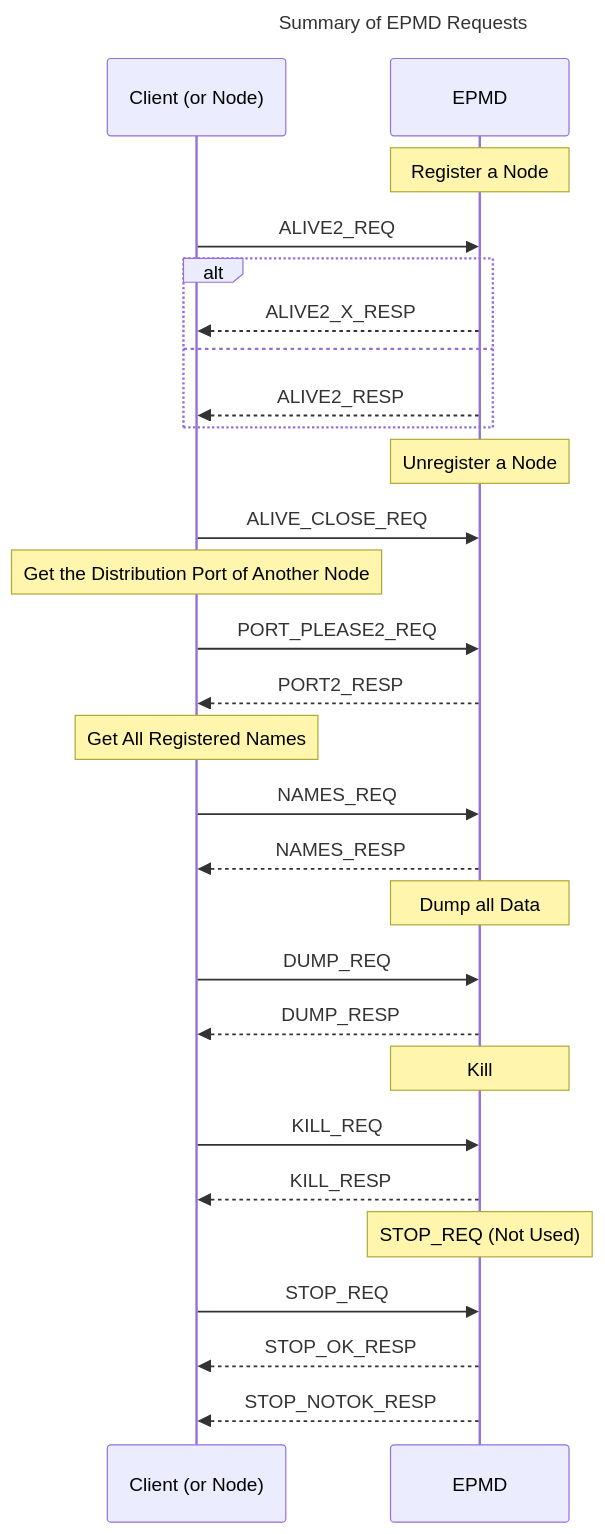
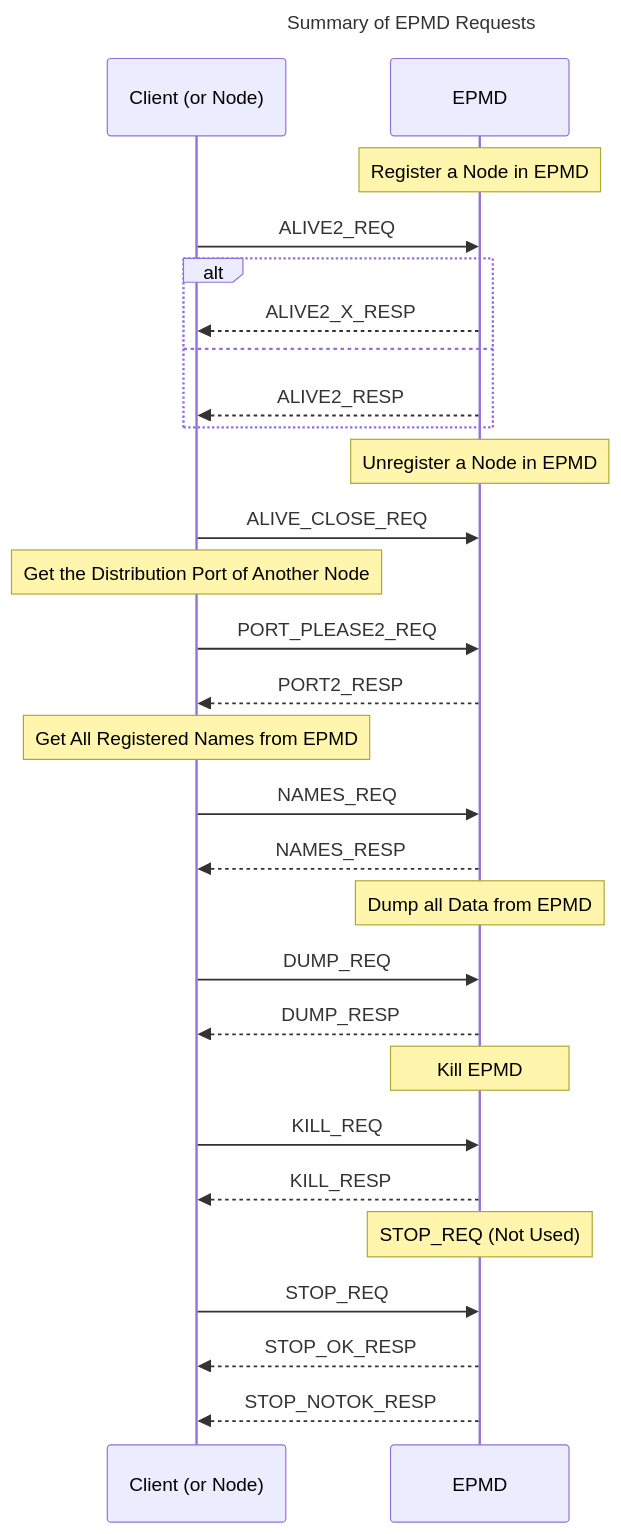
Before and after one commit to erlang/otp: the first of 8 diagrams in erts/doc/guides/erl_dist_protocol.md, drawn with Mermaid. The commit also changed other lines of this file, not shown here.

````diff
--- a/erts/doc/guides/erl_dist_protocol.md
+++ b/erts/doc/guides/erl_dist_protocol.md
@@ -60,41 +70,41 @@
 ```mermaid
 ---
 title: Summary of EPMD Requests
 ---
 
 sequenceDiagram
     participant client as Client (or Node)
     participant EPMD
 
-    Note over EPMD: Register a Node
+    Note over EPMD: Register a Node in EPMD
     client ->> EPMD: ALIVE2_REQ
     alt
         EPMD -->> client: ALIVE2_X_RESP
     else
         EPMD -->> client: ALIVE2_RESP
     end
 
-    Note over EPMD: Unregister a Node
+    Note over EPMD: Unregister a Node in EPMD
     client ->> EPMD: ALIVE_CLOSE_REQ
 
     Note over client: Get the Distribution Port of Another Node
     client ->> EPMD: PORT_PLEASE2_REQ
     EPMD -->> client: PORT2_RESP
 
-    Note over client: Get All Registered Names
+    Note over client: Get All Registered Names from EPMD
     client ->> EPMD: NAMES_REQ
     EPMD -->> client: NAMES_RESP
 
-    Note over EPMD: Dump all Data
+    Note over EPMD: Dump all Data from EPMD
     client ->> EPMD: DUMP_REQ
     EPMD -->> client: DUMP_RESP
 
-    Note over EPMD: Kill
+    Note over EPMD: Kill EPMD
     client ->> EPMD: KILL_REQ
     EPMD -->> client: KILL_RESP
 
     Note over EPMD: STOP_REQ (Not Used)
     client ->> EPMD: STOP_REQ
     EPMD -->> client: STOP_OK_RESP
     EPMD -->> client: STOP_NOTOK_RESP
 ```
````
